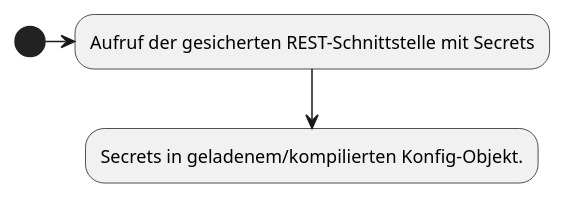
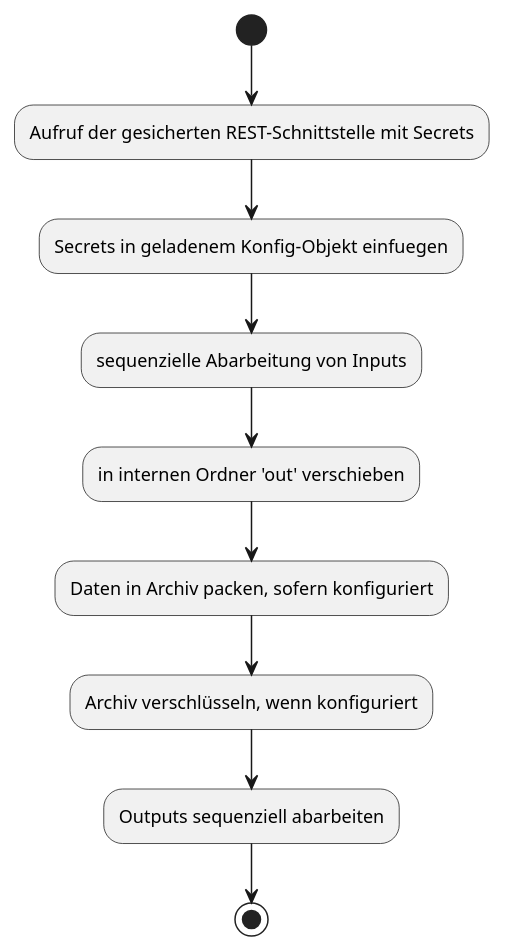
The second of 2 diagrams in docs/03-ablauf.adoc (Fabcelhaft/FabcelUp), drawn with PlantUML before and after one commit. The commit also changed other lines of this file, not shown here.

```diff
--- a/docs/03-ablauf.adoc
+++ b/docs/03-ablauf.adoc
@@ -3,9 +20,15 @@
 [plantuml]
 ----
 @startuml
 
-(*) -right-> "Aufruf der gesicherten REST-Schnittstelle mit Secrets"
-"Aufruf der gesicherten REST-Schnittstelle mit Secrets" --> "Secrets in geladenem/kompilierten Konfig-Objekt."
+(*) --> "Aufruf der gesicherten REST-Schnittstelle mit Secrets"
+"Aufruf der gesicherten REST-Schnittstelle mit Secrets" --> "Secrets in geladenem Konfig-Objekt einfuegen"
+"Secrets in geladenem Konfig-Objekt einfuegen" --> "sequenzielle Abarbeitung von Inputs"
+"sequenzielle Abarbeitung von Inputs" --> "in internen Ordner 'out' verschieben"
+"in internen Ordner 'out' verschieben" --> "Daten in Archiv packen, sofern konfiguriert"
+"Daten in Archiv packen, sofern konfiguriert" --> "Archiv verschlüsseln, wenn konfiguriert"
+"Archiv verschlüsseln, wenn konfiguriert" --> "Outputs sequenziell abarbeiten"
+"Outputs sequenziell abarbeiten" --> (*)
 
 @enduml
 ----
```
